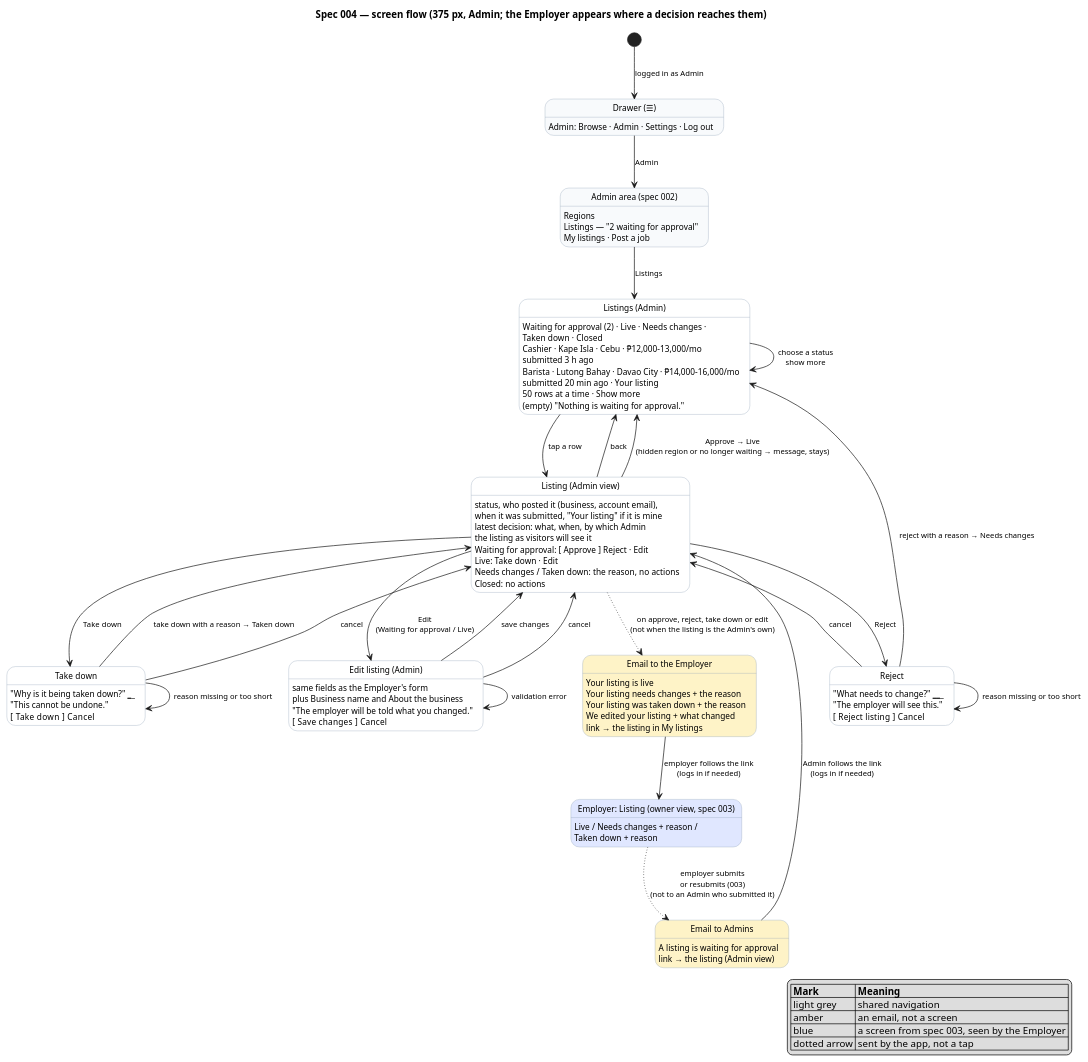
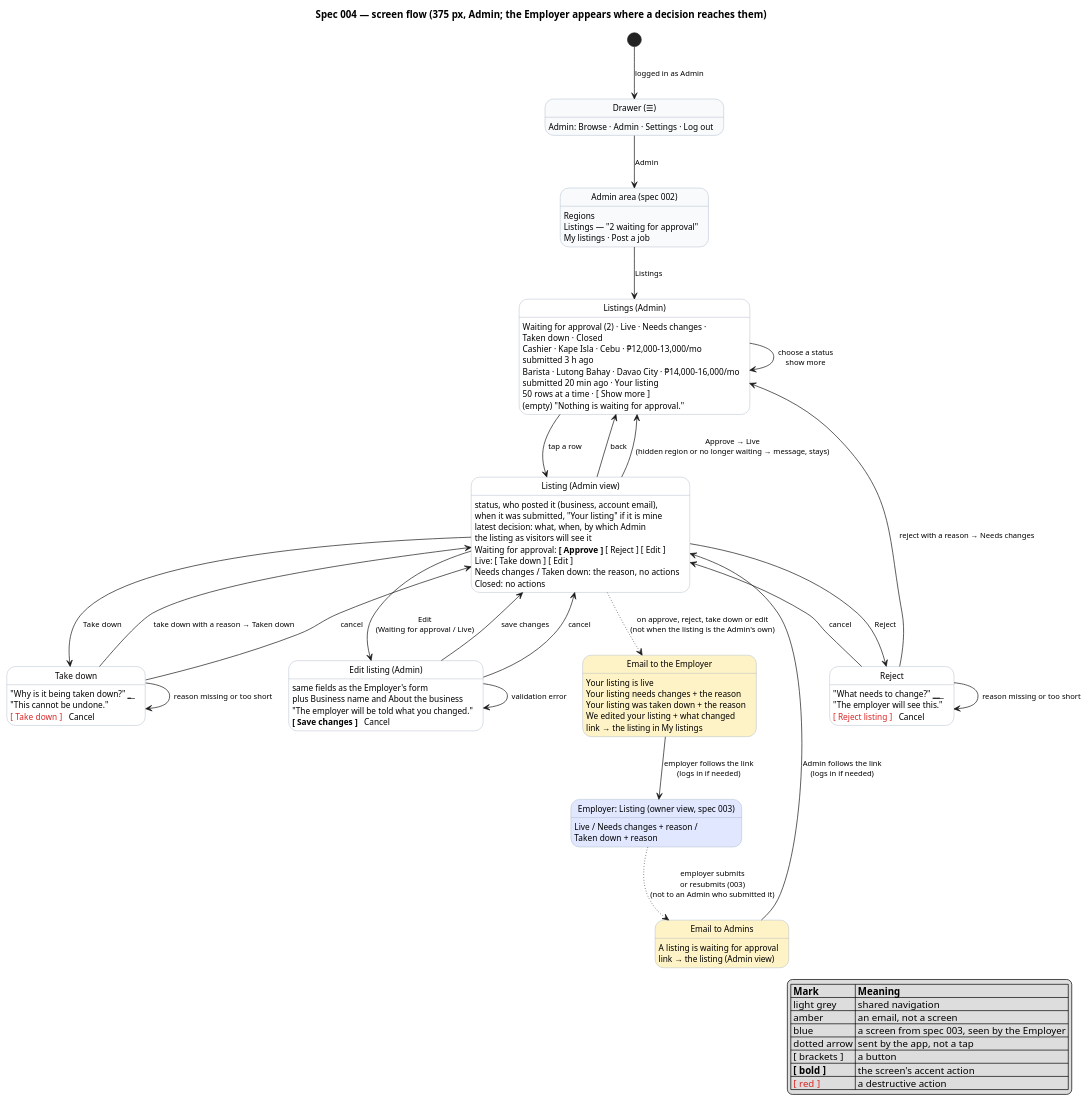
Before and after one commit to raseniero/jairojobs-elixir: the diagram in docs/specs/004-listings-admin-moderation/diagrams/screenflow-moderation.puml, drawn with PlantUML. The commit also changed 2 other files, not shown here.

Commit message:
docs(spec 004): resolve four contradictions (button marks in the screen flow, spec 003 rules it changes, email wording)

```diff
--- a/docs/specs/004-listings-admin-moderation/diagrams/screenflow-moderation.puml
+++ b/docs/specs/004-listings-admin-moderation/diagrams/screenflow-moderation.puml
@@ -1,109 +1,112 @@
 @startuml screenflow-moderation
 ' Spec 004 — screen flow. Each state is a screen (key elements listed); each arrow is a user action.
 ' Every user story US-004-1..11 is a path through this diagram (see table in spec.md).
 
 hide empty description
 skinparam state {
   BackgroundColor white
   BackgroundColor<<public>> #f8fafc
   BackgroundColor<<email>> #fef3c7
   BackgroundColor<<other>> #e0e7ff
   BorderColor #94a3b8
   FontSize 12
 }
 skinparam arrowFontSize 11
 
 title Spec 004 — screen flow (375 px, Admin; the Employer appears where a decision reaches them)
 
 state "Drawer (☰)" as Drawer <<public>>
 Drawer : Admin: Browse · Admin · Settings · Log out
 
 state "Admin area (spec 002)" as AdminArea <<public>>
 AdminArea : Regions
 AdminArea : Listings — "2 waiting for approval"
 AdminArea : My listings · Post a job
 
 state "Listings (Admin)" as Listings
 Listings : Waiting for approval (2) · Live · Needs changes ·
 Listings : Taken down · Closed
 Listings : Cashier · Kape Isla · Cebu · ₱12,000–13,000/mo
 Listings : submitted 3 h ago
 Listings : Barista · Lutong Bahay · Davao City · ₱14,000–16,000/mo
 Listings : submitted 20 min ago · Your listing
-Listings : 50 rows at a time · Show more
+Listings : 50 rows at a time · [ Show more ]
 Listings : (empty) "Nothing is waiting for approval."
 
 state "Listing (Admin view)" as Review
 Review : status, who posted it (business, account email),
 Review : when it was submitted, "Your listing" if it is mine
 Review : latest decision: what, when, by which Admin
 Review : the listing as visitors will see it
-Review : Waiting for approval: [ Approve ] Reject · Edit
-Review : Live: Take down · Edit
+Review : Waiting for approval: **[ Approve ]** [ Reject ] [ Edit ]
+Review : Live: [ Take down ] [ Edit ]
 Review : Needs changes / Taken down: the reason, no actions
 Review : Closed: no actions
 
 state "Reject" as Reject
 Reject : "What needs to change?" ___________
 Reject : "The employer will see this."
-Reject : [ Reject listing ]   Cancel
+Reject : <color:#dc2626>[ Reject listing ]</color>   Cancel
 
 state "Take down" as TakeDown
 TakeDown : "Why is it being taken down?" ______
 TakeDown : "This cannot be undone."
-TakeDown : [ Take down ]   Cancel
+TakeDown : <color:#dc2626>[ Take down ]</color>   Cancel
 
 state "Edit listing (Admin)" as Edit
 Edit : same fields as the Employer's form
 Edit : plus Business name and About the business
 Edit : "The employer will be told what you changed."
-Edit : [ Save changes ]   Cancel
+Edit : **[ Save changes ]**   Cancel
 
 state "Email to the Employer" as MailEmployer <<email>>
 MailEmployer : Your listing is live
 MailEmployer : Your listing needs changes + the reason
 MailEmployer : Your listing was taken down + the reason
 MailEmployer : We edited your listing + what changed
 MailEmployer : link → the listing in My listings
 
 state "Email to Admins" as MailAdmins <<email>>
 MailAdmins : A listing is waiting for approval
 MailAdmins : link → the listing (Admin view)
 
 state "Employer: Listing (owner view, spec 003)" as Owner <<other>>
 Owner : Live / Needs changes + reason /
 Owner : Taken down + reason
 
 [*] --> Drawer : logged in as Admin
 Drawer --> AdminArea : Admin
 AdminArea --> Listings : Listings
 Listings --> Listings : choose a status\nshow more
 Listings --> Review : tap a row
 Review --> Listings : back
 Review --> Listings : Approve → Live\n(hidden region or no longer waiting → message, stays)
 Review --> Reject : Reject
 Reject --> Listings : reject with a reason → Needs changes
 Reject --> Reject : reason missing or too short
 Reject --> Review : cancel
 Review --> TakeDown : Take down
 TakeDown --> Review : take down with a reason → Taken down
 TakeDown --> TakeDown : reason missing or too short
 TakeDown --> Review : cancel
 Review --> Edit : Edit\n(Waiting for approval / Live)
 Edit --> Review : save changes
 Edit --> Edit : validation error
 Edit --> Review : cancel
 
 Review -[dotted]-> MailEmployer : on approve, reject, take down or edit\n(not when the listing is the Admin's own)
 MailEmployer --> Owner : employer follows the link\n(logs in if needed)
 Owner -[dotted]-> MailAdmins : employer submits\nor resubmits (003)\n(not to an Admin who submitted it)
 MailAdmins --> Review : Admin follows the link\n(logs in if needed)
 
 legend right
   |= Mark |= Meaning |
   | light grey | shared navigation |
   | amber | an email, not a screen |
   | blue | a screen from spec 003, seen by the Employer |
   | dotted arrow | sent by the app, not a tap |
+  | [ brackets ] | a button |
+  | **[ bold ]** | the screen's accent action |
+  | <color:#dc2626>[ red ]</color> | a destructive action |
 endlegend
 @enduml
```
